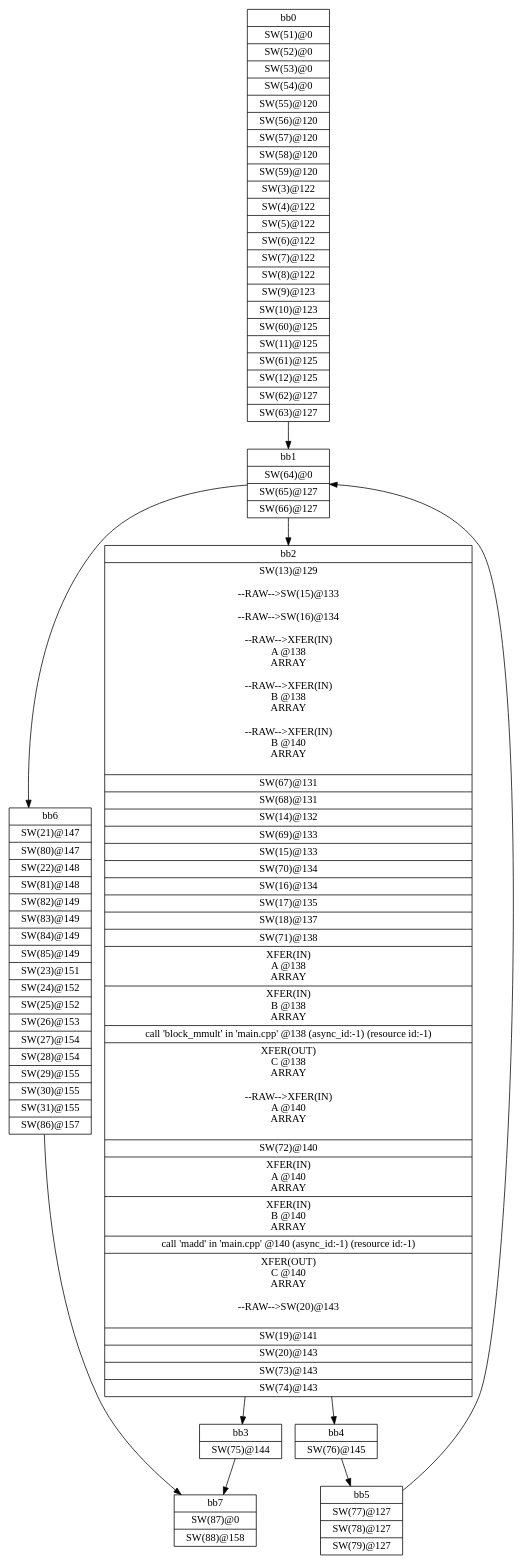
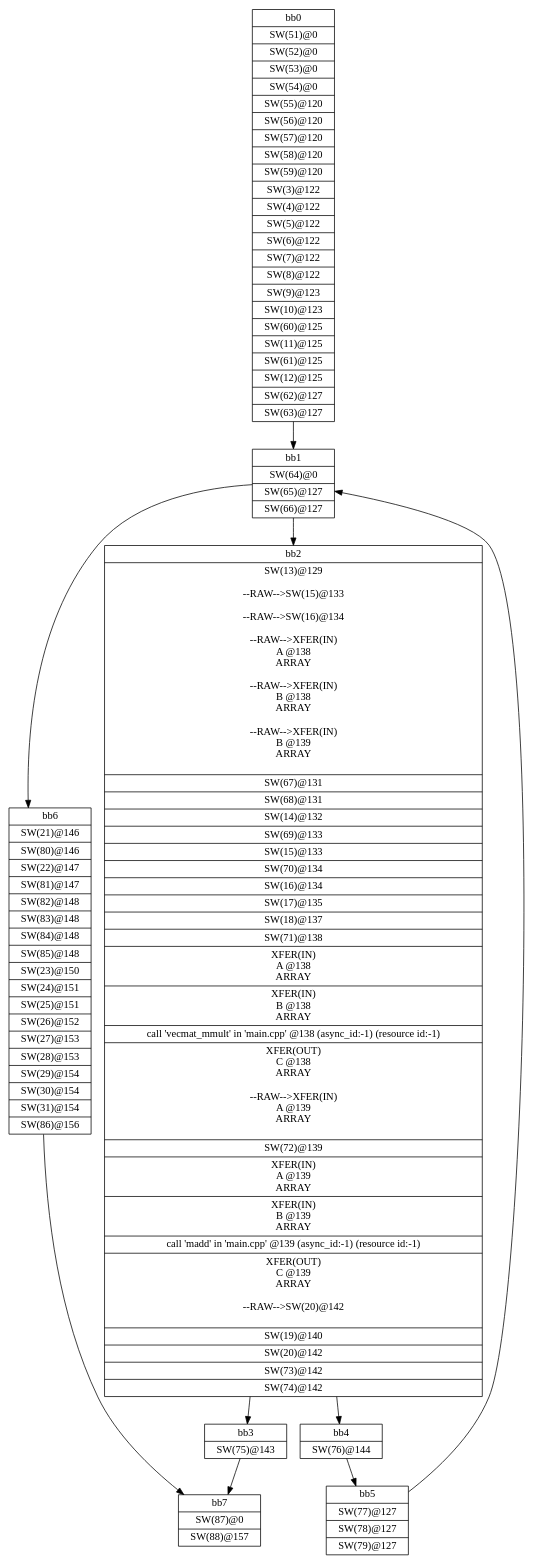
Before and after one commit to goceee/advanced_fpga_and_dsp: the diagram in lab_2/Release/_sds/.llvm/p_0_cdfg_dc0_mmult_test.dot, drawn with Graphviz. The commit also changed 377 other files, not shown here.

```diff
--- a/lab_2/Release/_sds/.llvm/p_0_cdfg_dc0_mmult_test.dot
+++ b/lab_2/Release/_sds/.llvm/p_0_cdfg_dc0_mmult_test.dot
@@ -1,20 +1,20 @@
 digraph CDFG {
 node [shape=record];
-bb0 [shape=record, label = "{bb0|<x000001AF8A42DF60>SW(51)@0\n|<x000001AF8A42DD80>SW(52)@0\n|<x000001AF8A42DE20>SW(53)@0\n|<x000001AF8A42E000>SW(54)@0\n|<x000001AF8A42E0A0>SW(55)@120\n|<x000001AF8AC4C320>SW(56)@120\n|<x000001AF8AC4BD80>SW(57)@120\n|<x000001AF8AC4C640>SW(58)@120\n|<x000001AF8AC4C780>SW(59)@120\n|<x000001AF8A028960>SW(3)@122\n|<x000001AF8A028320>SW(4)@122\n|<x000001AF8A0276A0>SW(5)@122\n|<x000001AF8A028FA0>SW(6)@122\n|<x000001AF8A028BE0>SW(7)@122\n|<x000001AF8A027920>SW(8)@122\n|<x000001AF8A027CE0>SW(9)@123\n|<x000001AF8A42D9C0>SW(10)@123\n|<x000001AF8AC4B560>SW(60)@125\n|<x000001AF8A42D240>SW(11)@125\n|<x000001AF8AC4C140>SW(61)@125\n|<x000001AF8A42EAA0>SW(12)@125\n|<x000001AF8AC4BE20>SW(62)@127\n|<x000001AF8AC4B1A0>SW(63)@127\n}"];
-bb1 [shape=record, label = "{bb1|<x000001AF8AC4B6A0>SW(64)@0\n|<x000001AF8AC4AF20>SW(65)@127\n|<x000001AF8AC4B740>SW(66)@127\n}"];
-bb2 [shape=record, label = "{bb2|<x000001AF8A42CE80>SW(13)@129\n\n--RAW--\>SW(15)@133\n\n--RAW--\>SW(16)@134\n\n--RAW--\>XFER(IN)\nA @138\nARRAY\n\n--RAW--\>XFER(IN)\nB @138\nARRAY\n\n--RAW--\>XFER(IN)\nB @140\nARRAY\n\n|<x000001AF8AC4C460>SW(67)@131\n|<x000001AF8AC4ACA0>SW(68)@131\n|<x000001AF8A42E6E0>SW(14)@132\n|<x000001AF8AC4B420>SW(69)@133\n|<x000001AF8A42DA60>SW(15)@133\n|<x000001AF8AC4B100>SW(70)@134\n|<x000001AF8A42D6A0>SW(16)@134\n|<x000001AF8A42D7E0>SW(17)@135\n|<x000001AF8A42CDE0>SW(18)@137\n|<x000001AF8AC4B240>SW(71)@138\n|<x000001AF8AC4B380>XFER(IN)\nA @138\nARRAY\n|<x000001AF8AC4B920>XFER(IN)\nB @138\nARRAY\n|<x000001AF8A059090>call 'block_mmult' in 'main.cpp' @138 (async_id:-1) (resource id:-1)\n|<x000001AF8AC4BA60>XFER(OUT)\nC @138\nARRAY\n\n--RAW--\>XFER(IN)\nA @140\nARRAY\n\n|<x000001AF8AC4AC00>SW(72)@140\n|<x000001AF8AC4BB00>XFER(IN)\nA @140\nARRAY\n|<x000001AF8AC4ADE0>XFER(IN)\nB @140\nARRAY\n|<x000001AF8A059170>call 'madd' in 'main.cpp' @140 (async_id:-1) (resource id:-1)\n|<x000001AF8AC4BBA0>XFER(OUT)\nC @140\nARRAY\n\n--RAW--\>SW(20)@143\n\n|<x000001AF8A42E780>SW(19)@141\n|<x000001AF8A42E8C0>SW(20)@143\n|<x000001AF8AC4B600>SW(73)@143\n|<x000001AF8AC4B2E0>SW(74)@143\n}"];
-bb3 [shape=record, label = "{bb3|<x000001AF8AC4B4C0>SW(75)@144\n}"];
-bb4 [shape=record, label = "{bb4|<x000001AF8AC4C280>SW(76)@145\n}"];
-bb5 [shape=record, label = "{bb5|<x000001AF8AC4C8C0>SW(77)@127\n|<x000001AF8AC4BF60>SW(78)@127\n|<x000001AF8AC4BEC0>SW(79)@127\n}"];
-bb6 [shape=record, label = "{bb6|<x000001AF8A42D740>SW(21)@147\n|<x000001AF8AC4B9C0>SW(80)@147\n|<x000001AF8A42E820>SW(22)@148\n|<x000001AF8AC4AD40>SW(81)@148\n|<x000001AF8AC4C000>SW(82)@149\n|<x000001AF8AC4B7E0>SW(83)@149\n|<x000001AF8AC4B880>SW(84)@149\n|<x000001AF8AC4C0A0>SW(85)@149\n|<x000001AF8A42E320>SW(23)@151\n|<x000001AF8A42DC40>SW(24)@152\n|<x000001AF8A42E640>SW(25)@152\n|<x000001AF8A42E960>SW(26)@153\n|<x000001AF8A42E500>SW(27)@154\n|<x000001AF8A42CF20>SW(28)@154\n|<x000001AF8A42E3C0>SW(29)@155\n|<x000001AF8A42D560>SW(30)@155\n|<x000001AF8A42EB40>SW(31)@155\n|<x000001AF8AC4C1E0>SW(86)@157\n}"];
-bb7 [shape=record, label = "{bb7|<x000001AF8AC4C3C0>SW(87)@0\n|<x000001AF8AC4C500>SW(88)@158\n}"];
+bb0 [shape=record, label = "{bb0|<x000001EC21FDD790>SW(51)@0\n|<x000001EC21FDD8D0>SW(52)@0\n|<x000001EC21FDDA10>SW(53)@0\n|<x000001EC21FDDAB0>SW(54)@0\n|<x000001EC21FDDB50>SW(55)@120\n|<x000001EC21FDDE70>SW(56)@120\n|<x000001EC21FDC250>SW(57)@120\n|<x000001EC228115A0>SW(58)@120\n|<x000001EC22812680>SW(59)@120\n|<x000001EC21B1ED70>SW(3)@122\n|<x000001EC21B202B0>SW(4)@122\n|<x000001EC21B1E7D0>SW(5)@122\n|<x000001EC21B1EE10>SW(6)@122\n|<x000001EC21B1E870>SW(7)@122\n|<x000001EC21B1EF50>SW(8)@122\n|<x000001EC21B1F270>SW(9)@123\n|<x000001EC21ABE210>SW(10)@123\n|<x000001EC228124A0>SW(60)@125\n|<x000001EC21B1F3B0>SW(11)@125\n|<x000001EC22812900>SW(61)@125\n|<x000001EC21FDC390>SW(12)@125\n|<x000001EC228111E0>SW(62)@127\n|<x000001EC22810F60>SW(63)@127\n}"];
+bb1 [shape=record, label = "{bb1|<x000001EC22811640>SW(64)@0\n|<x000001EC22811820>SW(65)@127\n|<x000001EC22812360>SW(66)@127\n}"];
+bb2 [shape=record, label = "{bb2|<x000001EC21FDD330>SW(13)@129\n\n--RAW--\>SW(15)@133\n\n--RAW--\>SW(16)@134\n\n--RAW--\>XFER(IN)\nA @138\nARRAY\n\n--RAW--\>XFER(IN)\nB @138\nARRAY\n\n--RAW--\>XFER(IN)\nB @139\nARRAY\n\n|<x000001EC22812400>SW(67)@131\n|<x000001EC22811280>SW(68)@131\n|<x000001EC21FDC430>SW(14)@132\n|<x000001EC22812220>SW(69)@133\n|<x000001EC21FDD6F0>SW(15)@133\n|<x000001EC228122C0>SW(70)@134\n|<x000001EC21FDC4D0>SW(16)@134\n|<x000001EC21FDD0B0>SW(17)@135\n|<x000001EC21FDC570>SW(18)@137\n|<x000001EC22811320>SW(71)@138\n|<x000001EC22810EC0>XFER(IN)\nA @138\nARRAY\n|<x000001EC22811000>XFER(IN)\nB @138\nARRAY\n|<x000001EC21B57A80>call 'vecmat_mmult' in 'main.cpp' @138 (async_id:-1) (resource id:-1)\n|<x000001EC228110A0>XFER(OUT)\nC @138\nARRAY\n\n--RAW--\>XFER(IN)\nA @139\nARRAY\n\n|<x000001EC22812040>SW(72)@139\n|<x000001EC22811140>XFER(IN)\nA @139\nARRAY\n|<x000001EC22811C80>XFER(IN)\nB @139\nARRAY\n|<x000001EC21B57460>call 'madd' in 'main.cpp' @139 (async_id:-1) (resource id:-1)\n|<x000001EC22811500>XFER(OUT)\nC @139\nARRAY\n\n--RAW--\>SW(20)@142\n\n|<x000001EC21FDC6B0>SW(19)@140\n|<x000001EC21FDCC50>SW(20)@142\n|<x000001EC22810E20>SW(73)@142\n|<x000001EC22812860>SW(74)@142\n}"];
+bb3 [shape=record, label = "{bb3|<x000001EC22812720>SW(75)@143\n}"];
+bb4 [shape=record, label = "{bb4|<x000001EC228127C0>SW(76)@144\n}"];
+bb5 [shape=record, label = "{bb5|<x000001EC22810CE0>SW(77)@127\n|<x000001EC22811DC0>SW(78)@127\n|<x000001EC228118C0>SW(79)@127\n}"];
+bb6 [shape=record, label = "{bb6|<x000001EC21FDCB10>SW(21)@146\n|<x000001EC228129A0>SW(80)@146\n|<x000001EC21FDD970>SW(22)@147\n|<x000001EC22811E60>SW(81)@147\n|<x000001EC228113C0>SW(82)@148\n|<x000001EC22810D80>SW(83)@148\n|<x000001EC22810BA0>SW(84)@148\n|<x000001EC22810B00>SW(85)@148\n|<x000001EC21FDD150>SW(23)@150\n|<x000001EC21FDC610>SW(24)@151\n|<x000001EC21FDC930>SW(25)@151\n|<x000001EC21FDC2F0>SW(26)@152\n|<x000001EC21FDD510>SW(27)@153\n|<x000001EC21FDDDD0>SW(28)@153\n|<x000001EC21FDCE30>SW(29)@154\n|<x000001EC21FDDBF0>SW(30)@154\n|<x000001EC21FDD010>SW(31)@154\n|<x000001EC228120E0>SW(86)@156\n}"];
+bb7 [shape=record, label = "{bb7|<x000001EC22811460>SW(87)@0\n|<x000001EC22810C40>SW(88)@157\n}"];
 bb0 -> bb1
 bb1 -> bb2
 bb1 -> bb6
 bb2 -> bb3
 bb2 -> bb4
 bb3 -> bb7
 bb4 -> bb5
 bb5 -> bb1
 bb6 -> bb7
 }
```
